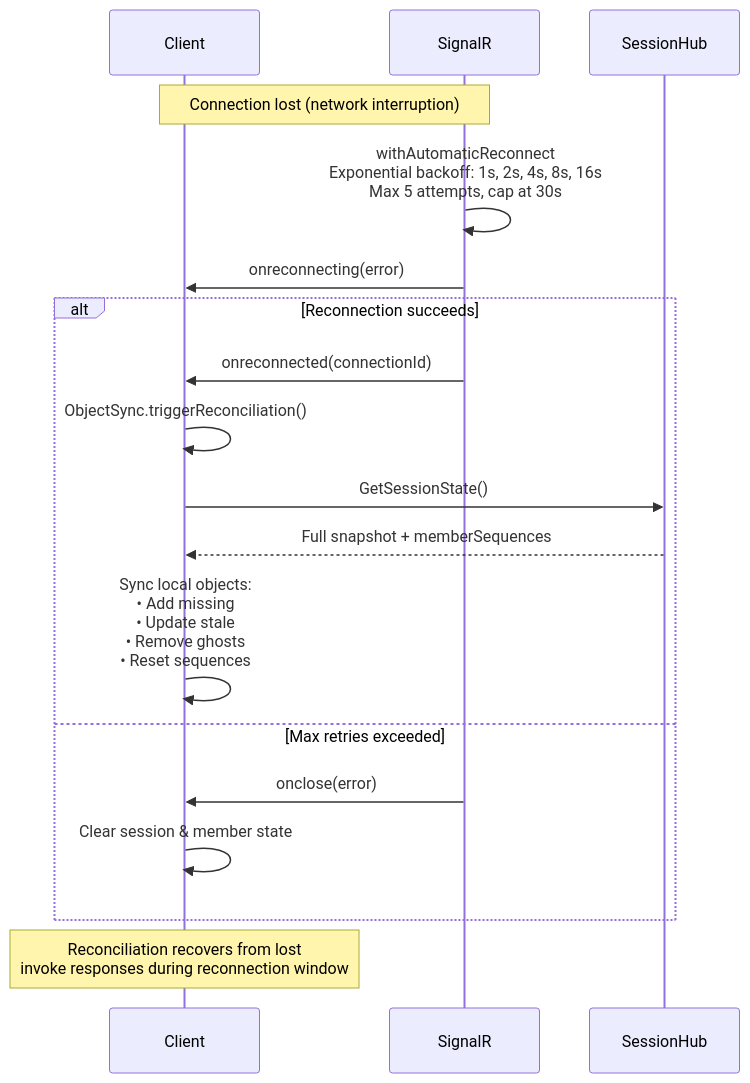
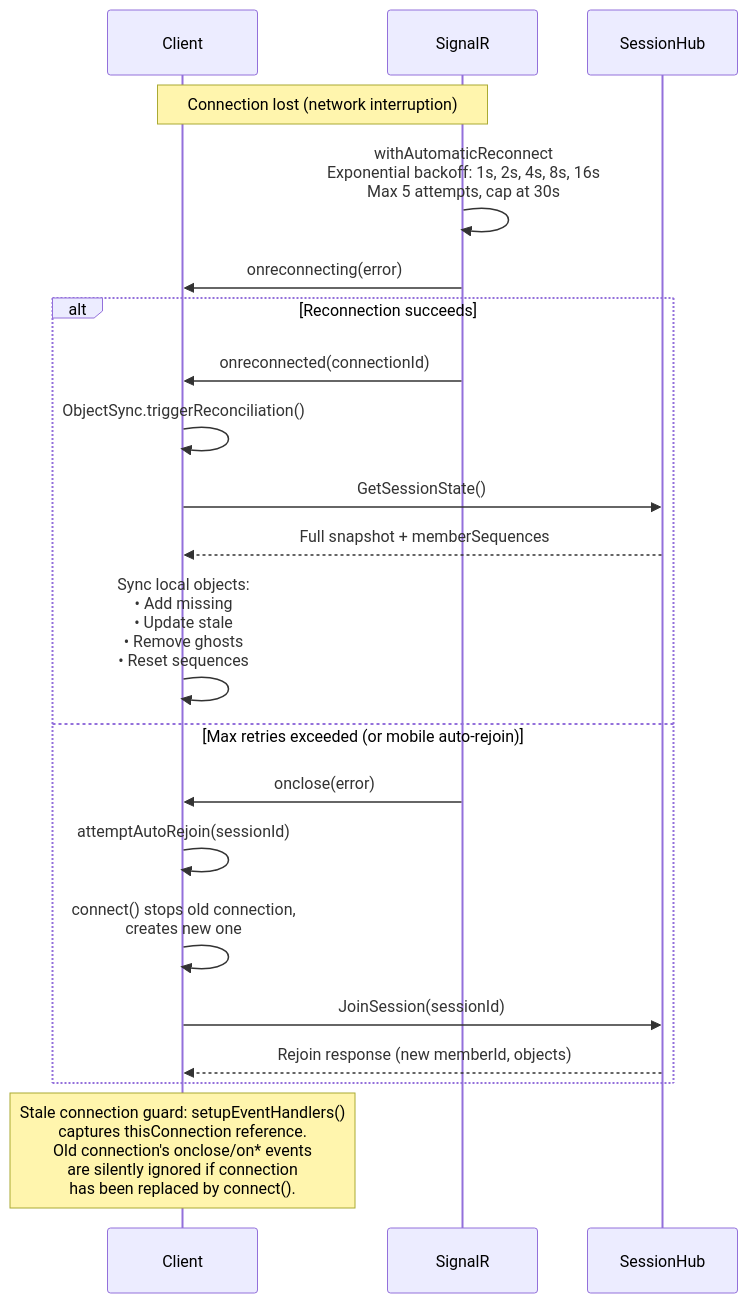
One commit to badvoidstar/asteroids changed diagram 29 of 32 in ARCHITECTURE.md. Above: the diagram before and after it, drawn with Mermaid. The commit also changed 4 other files, not shown here.

First line of the commit message:
Fix stale connection race condition causing broken mobile reconnection

````diff
--- a/ARCHITECTURE.md
+++ b/ARCHITECTURE.md
@@ -742,25 +742,28 @@
 ```mermaid
 sequenceDiagram
     participant C as Client
     participant SR as SignalR
     participant HUB as SessionHub
 
     Note over C,SR: Connection lost (network interruption)
 
     SR->>SR: withAutomaticReconnect<br/>Exponential backoff: 1s, 2s, 4s, 8s, 16s<br/>Max 5 attempts, cap at 30s
 
     SR->>C: onreconnecting(error)
 
     alt Reconnection succeeds
         SR->>C: onreconnected(connectionId)
         C->>C: ObjectSync.triggerReconciliation()
         C->>HUB: GetSessionState()
         HUB-->>C: Full snapshot + memberSequences
         C->>C: Sync local objects:<br/>• Add missing<br/>• Update stale<br/>• Remove ghosts<br/>• Reset sequences
-    else Max retries exceeded
+    else Max retries exceeded (or mobile auto-rejoin)
         SR->>C: onclose(error)
-        C->>C: Clear session & member state
+        C->>C: attemptAutoRejoin(sessionId)
+        C->>C: connect() stops old connection,<br/>creates new one
+        C->>HUB: JoinSession(sessionId)
+        HUB-->>C: Rejoin response (new memberId, objects)
     end
 
-    Note over C: Reconciliation recovers from lost<br/>invoke responses during reconnection window
+    Note over C: Stale connection guard: setupEventHandlers()<br/>captures thisConnection reference.<br/>Old connection's onclose/on* events<br/>are silently ignored if connection<br/>has been replaced by connect().
 ```
````
